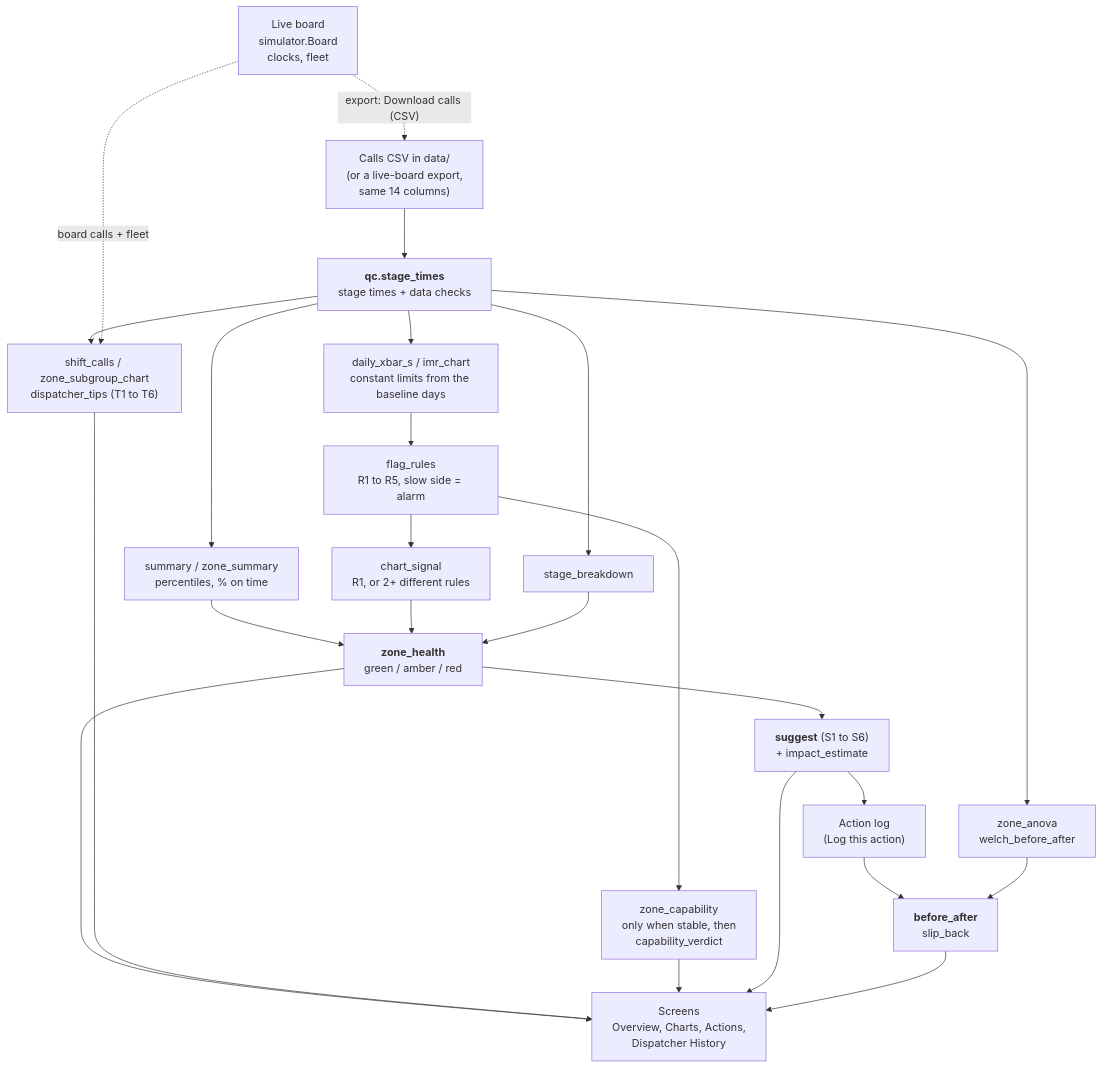
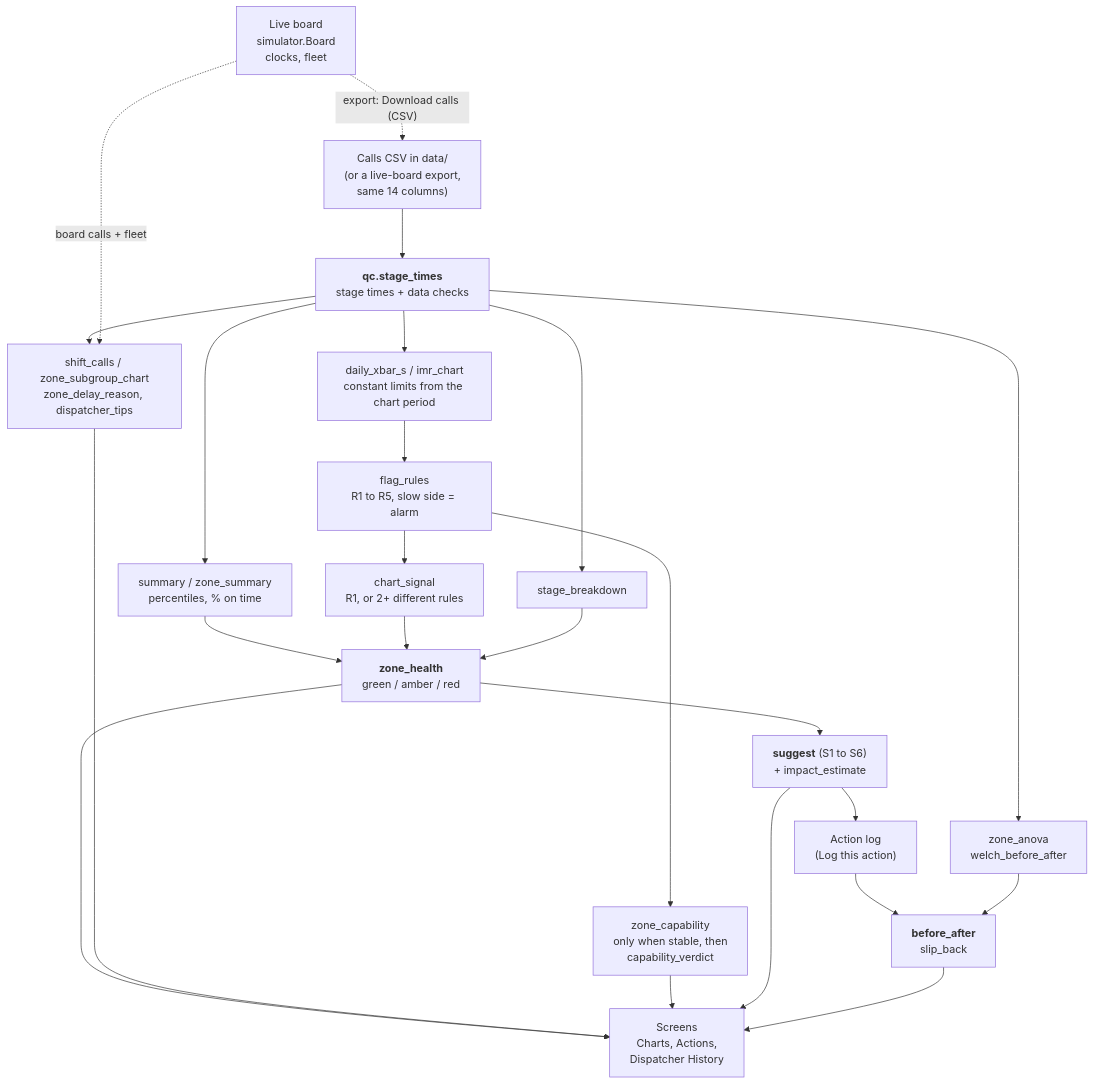
The diagram in README.md (nidhibaderiya23/sixsigma), drawn with Mermaid before and after one commit. The commit also changed other lines of this file and 20 other files, not shown here.

````diff
--- a/README.md
+++ b/README.md
@@ -294,32 +296,32 @@
 ```mermaid
 flowchart TD
     csv["Calls CSV in data/<br>(or a live-board export,<br>same 14 columns)"]
     st["<b>qc.stage_times</b><br>stage times + data checks"]
     csv --> st
 
     st --> summ["summary / zone_summary<br>percentiles, % on time"]
-    st --> chart["daily_xbar_s / imr_chart<br>constant limits from the baseline days"]
+    st --> chart["daily_xbar_s / imr_chart<br>constant limits from the chart period"]
     chart --> rules["flag_rules<br>R1 to R5, slow side = alarm"]
     rules --> cap["zone_capability<br>only when stable, then<br>capability_verdict"]
     st --> tests["zone_anova<br>welch_before_after"]
     st --> bd["stage_breakdown"]
 
     summ --> zh["<b>zone_health</b><br>green / amber / red"]
     rules --> sig["chart_signal<br>R1, or 2+ different rules"]
     sig --> zh
     bd --> zh
     zh --> sug["<b>suggest</b> (S1 to S6)<br>+ impact_estimate"]
     sug --> log["Action log<br>(Log this action)"]
     log --> ba["<b>before_after</b><br>slip_back"]
     tests --> ba
 
-    st --> shift["shift_calls / zone_subgroup_chart<br>dispatcher_tips (T1 to T6)"]
-    zh --> screens["Screens<br>Overview, Charts, Actions,<br>Dispatcher History"]
+    st --> shift["shift_calls / zone_subgroup_chart<br>zone_delay_reason, dispatcher_tips"]
+    zh --> screens["Screens<br>Charts, Actions,<br>Dispatcher History"]
     shift --> screens
     cap --> screens
     sug --> screens
     ba --> screens
 
     live["Live board<br>simulator.Board<br>clocks, fleet"] -.->|"export: Download calls (CSV)"| csv
     live -.->|"board calls + fleet"| shift
 ```
````
